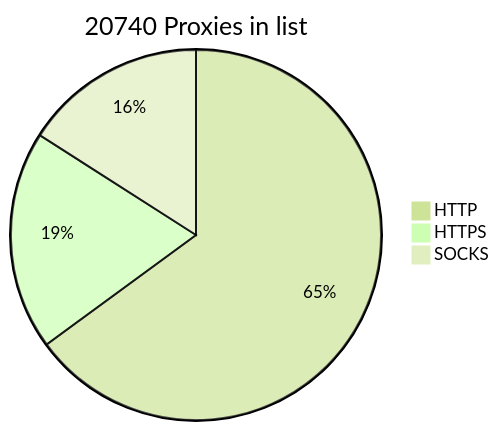
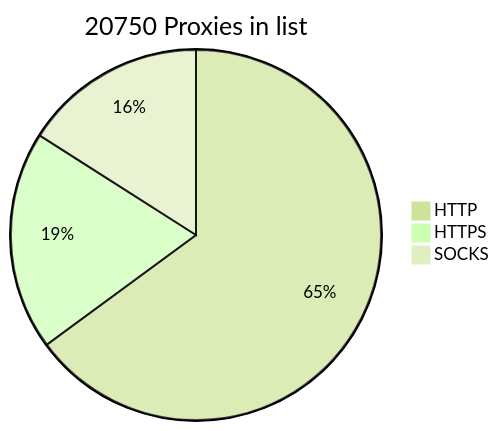
One commit to BlackSnowDot/proxylist-update-every-minute changed the diagram in README.md. Above: the diagram before and after it, drawn with Mermaid (forest theme).

````diff
--- a/README.md
+++ b/README.md
@@ -2,6 +2,6 @@
 ```mermaid
-pie title 20740 Proxies in list
-    "HTTP" : 15225
+pie title 20750 Proxies in list
+    "HTTP" : 15226
     "HTTPS": 4483
-    "SOCKS" : 3739
+    "SOCKS" : 3748
 ```
````
